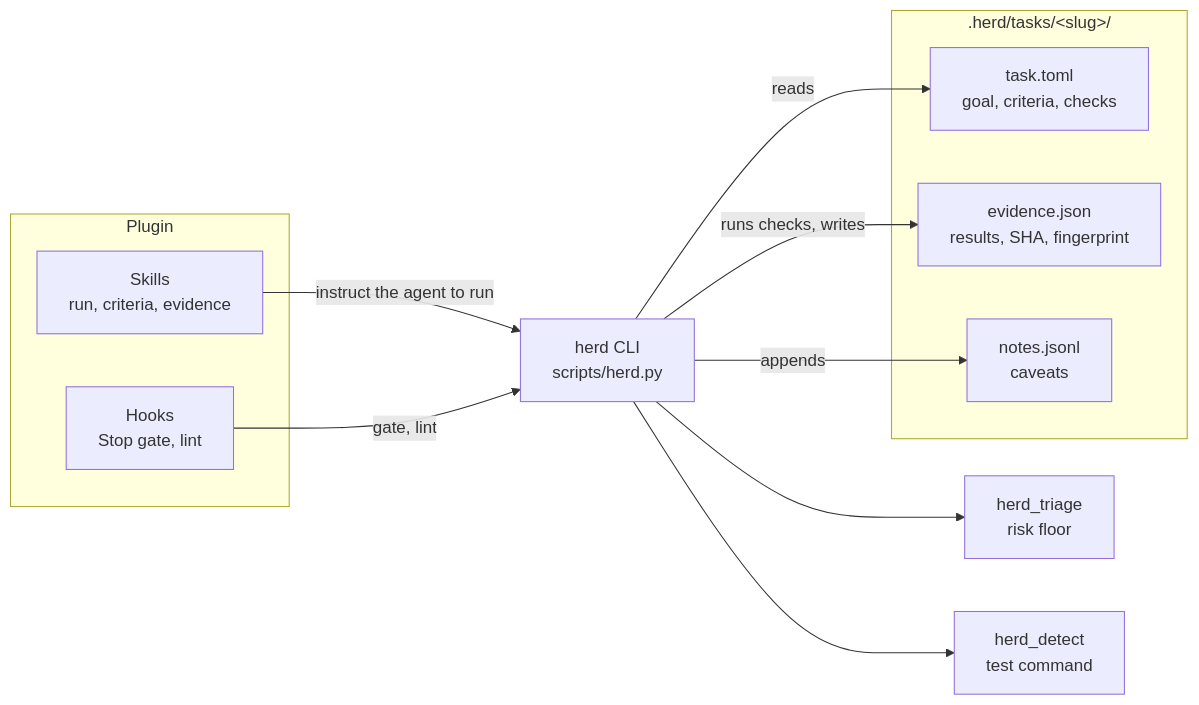
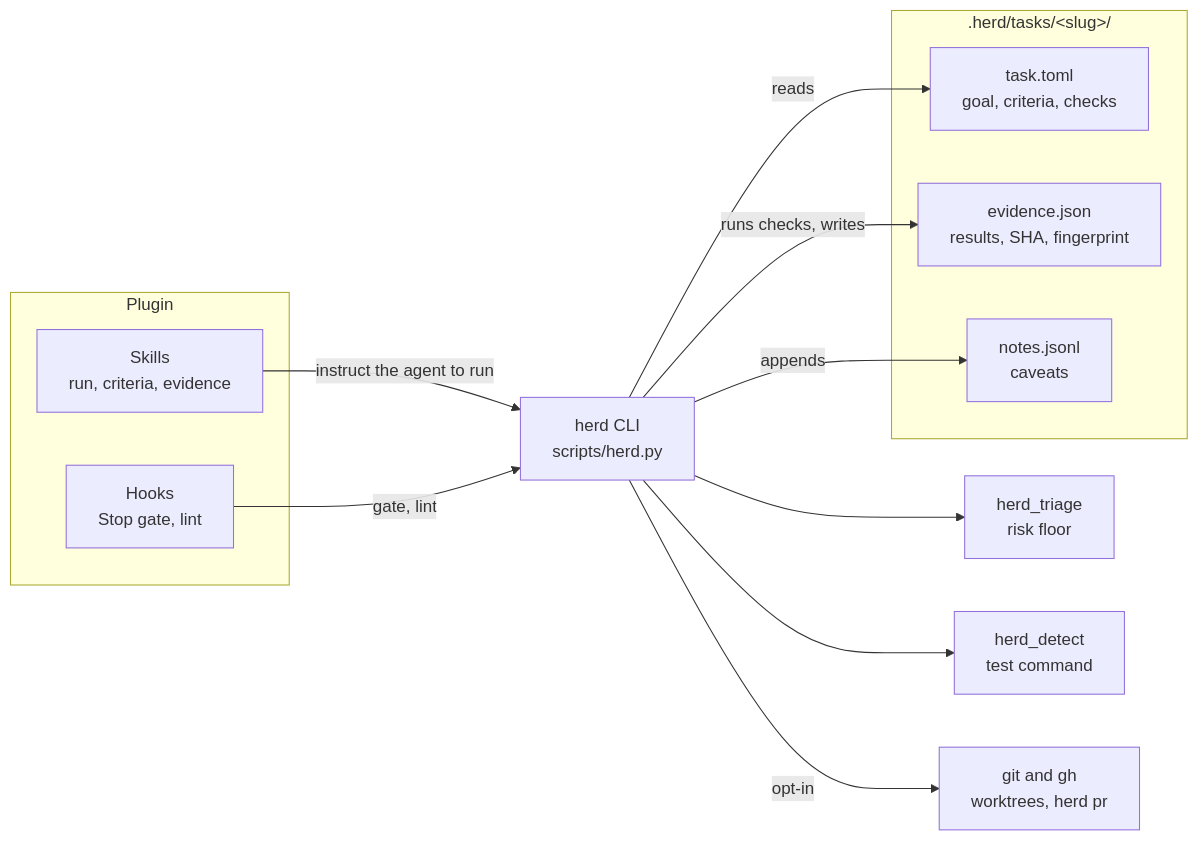
One commit to Beovulfo/herd-sdlc changed the second of 2 diagrams in README.md. Above: the diagram before and after it, drawn with Mermaid. The commit also changed other lines of this file and 1 other file, not shown here.

````diff
--- a/README.md
+++ b/README.md
@@ -106,22 +135,24 @@
 ```mermaid
 flowchart LR
     subgraph Plugin
         S["Skills<br/>run, criteria, evidence"]
         H["Hooks<br/>Stop gate, lint"]
     end
     CLI["herd CLI<br/>scripts/herd.py"]
     T["herd_triage<br/>risk floor"]
     D["herd_detect<br/>test command"]
+    G["git and gh<br/>worktrees, herd pr"]
     subgraph State[".herd/tasks/&lt;slug&gt;/"]
         TT["task.toml<br/>goal, criteria, checks"]
         EV["evidence.json<br/>results, SHA, fingerprint"]
         NO["notes.jsonl<br/>caveats"]
     end
     S -->|instruct the agent to run| CLI
     H -->|gate, lint| CLI
     CLI --> T
     CLI --> D
+    CLI -->|opt-in| G
     CLI -->|reads| TT
     CLI -->|runs checks, writes| EV
     CLI -->|appends| NO
 ```
````
